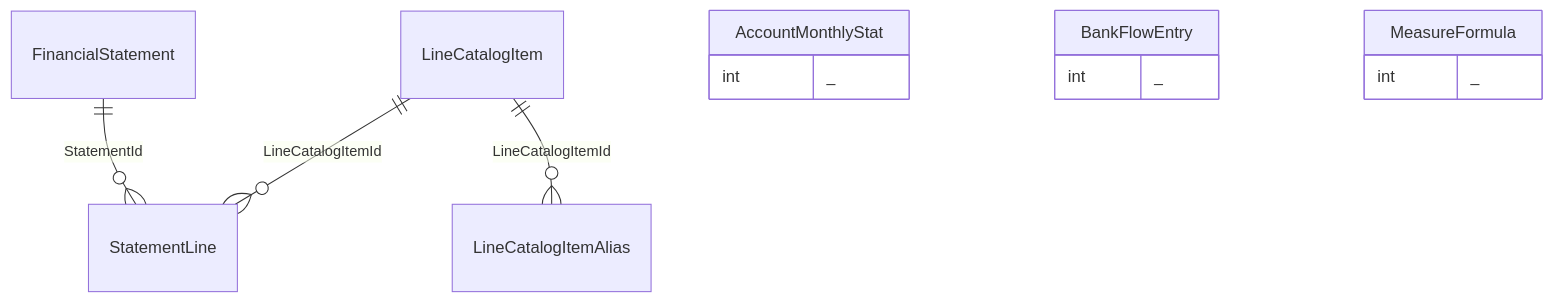
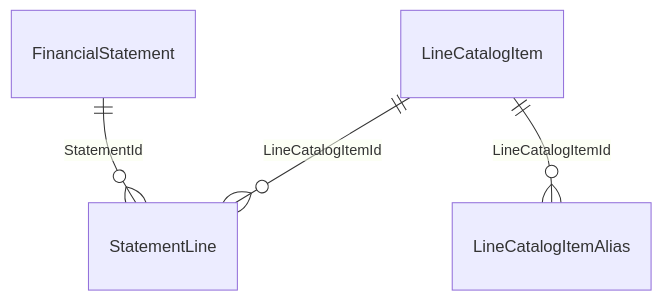
Before and after one commit to thawrasy/smartlines: diagram 17 of 20 in treasury-platform/docs/22-erd-by-schema.md, drawn with Mermaid. The commit also changed other lines of this file and 38 other files, not shown here.

First line of the commit message:
Embed ERD, isolation, access-role and lifecycle diagrams in the database design document (v0.2)

````diff
--- a/treasury-platform/docs/22-erd-by-schema.md
+++ b/treasury-platform/docs/22-erd-by-schema.md
@@ -515,9 +491,6 @@
 ```mermaid
 erDiagram
   FinancialStatement ||--o{ StatementLine : "StatementId"
   LineCatalogItem ||--o{ LineCatalogItemAlias : "LineCatalogItemId"
   LineCatalogItem ||--o{ StatementLine : "LineCatalogItemId"
-  AccountMonthlyStat { int _ }
-  BankFlowEntry { int _ }
-  MeasureFormula { int _ }
 ```
````
